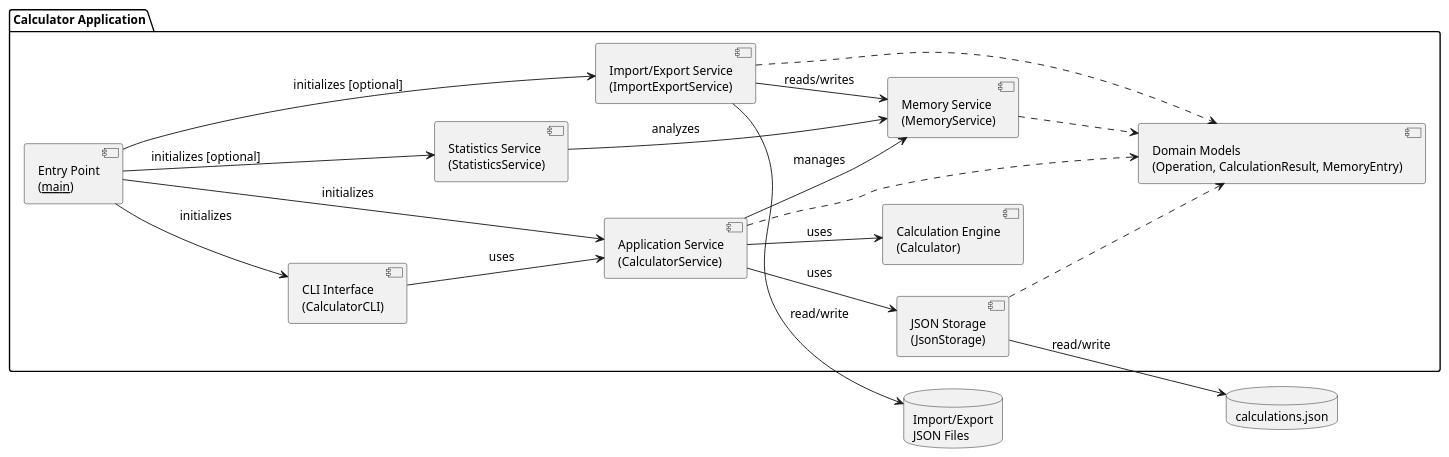
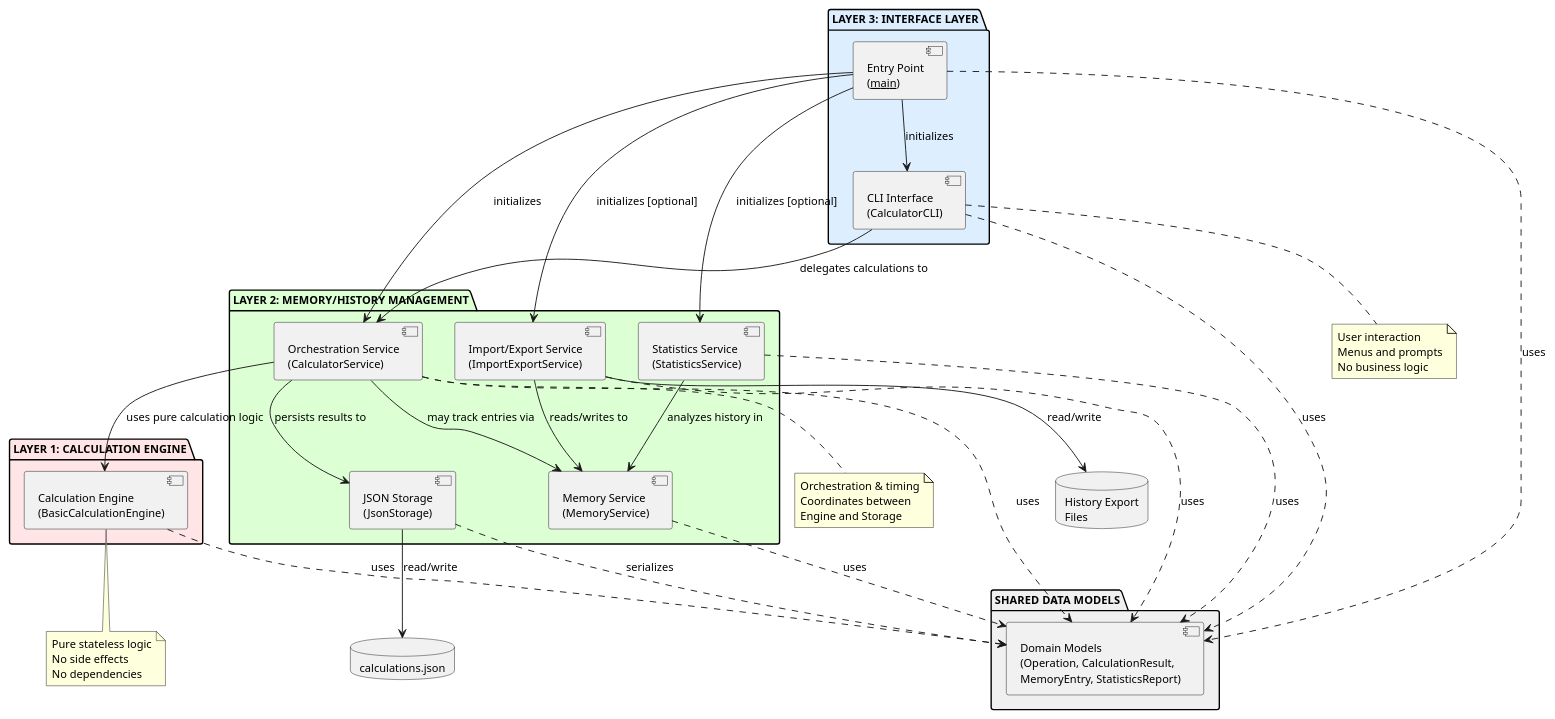
Before and after one commit to DanielRiha8906/Software_autoevolution_using_agents: the diagram in experiments/broadcast/test_driven/calculator/artifacts/component_diagram.puml, drawn with PlantUML. The commit also changed 17 other files, not shown here.

```diff
--- a/experiments/broadcast/test_driven/calculator/artifacts/component_diagram.puml
+++ b/experiments/broadcast/test_driven/calculator/artifacts/component_diagram.puml
@@ -1,45 +1,100 @@
 @startuml component_diagram
 
 skinparam componentStyle uml2
-skinparam defaultFontSize 13
-left to right direction
+skinparam defaultFontSize 12
+top to bottom direction
 
-package "Calculator Application" {
-
+' ============================================================================
+' LAYER 3: INTERFACE LAYER (top)
+' ============================================================================
+package "LAYER 3: INTERFACE LAYER" #DDEEFF {
     component "Entry Point\n(__main__)" as Main
     component "CLI Interface\n(CalculatorCLI)" as CLI
-    component "Application Service\n(CalculatorService)" as Service
+}
+
+' ============================================================================
+' LAYER 2: MEMORY/HISTORY MANAGEMENT (middle)
+' ============================================================================
+package "LAYER 2: MEMORY/HISTORY MANAGEMENT" #DDFFD4 {
+    component "Orchestration Service\n(CalculatorService)" as Service
     component "Memory Service\n(MemoryService)" as Memory
     component "Statistics Service\n(StatisticsService)" as Stats
     component "Import/Export Service\n(ImportExportService)" as Import
-    component "Calculation Engine\n(Calculator)" as Calc
     component "JSON Storage\n(JsonStorage)" as Store
-    component "Domain Models\n(Operation, CalculationResult, MemoryEntry)" as Models
-
-    Main --> CLI : initializes
-    Main --> Service : initializes
-    Main --> Stats : initializes [optional]
-
-    CLI --> Service : uses
-    Service --> Calc : uses
-    Service --> Store : uses
-    Service --> Memory : manages
-
-    Stats --> Memory : analyzes
-    Import --> Memory : reads/writes
-
-    Main --> Import : initializes [optional]
-
-    Service ..> Models
-    Store ..> Models
-    Memory ..> Models
-    Import ..> Models
 }
 
+' ============================================================================
+' LAYER 1: CALCULATION ENGINE (bottom)
+' ============================================================================
+package "LAYER 1: CALCULATION ENGINE" #FFE5E5 {
+    component "Calculation Engine\n(BasicCalculationEngine)" as Calc
+}
+
+' ============================================================================
+' SHARED DATA MODELS (accessible to all layers)
+' ============================================================================
+package "SHARED DATA MODELS" #F0F0F0 {
+    component "Domain Models\n(Operation, CalculationResult,\nMemoryEntry, StatisticsReport)" as Models
+}
+
+' ============================================================================
+' EXTERNAL STORAGE (outside application)
+' ============================================================================
 database "calculations.json" as DB
-database "Import/Export\nJSON Files" as Files
+database "History Export\nFiles" as HistFiles
 
+' ============================================================================
+' DEPENDENCIES (Upward Flow - Layer 3 -> Layer 2 -> Layer 1)
+' ============================================================================
+
+' Entry point initialization
+Main --> CLI : initializes
+Main --> Service : initializes
+Main --> Stats : initializes [optional]
+Main --> Import : initializes [optional]
+
+' Layer 3 -> Layer 2: Interface uses orchestration service
+CLI --> Service : delegates calculations to
+
+' Layer 2 -> Layer 1: Service uses calculation engine
+Service --> Calc : uses pure calculation logic
+
+' Layer 2 Internal: Service coordination
+Service --> Store : persists results to
+Service --> Memory : may track entries via
+Stats --> Memory : analyzes history in
+Import --> Memory : reads/writes to
+
+' Layer 2 -> External Storage
 Store --> DB : read/write
-Import --> Files : read/write
+Import --> HistFiles : read/write
+
+' All layers use shared models
+Main ..> Models : uses
+CLI ..> Models : uses
+Service ..> Models : uses
+Memory ..> Models : uses
+Stats ..> Models : uses
+Import ..> Models : uses
+Calc ..> Models : uses
+Store ..> Models : serializes
+
+note bottom of Calc
+  Pure stateless logic
+  No side effects
+  No dependencies
+end note
+
+note bottom of Service
+  Orchestration & timing
+  Coordinates between
+  Engine and Storage
+end note
+
+note bottom of CLI
+  User interaction
+  Menus and prompts
+  No business logic
+end note
 
 @enduml
```
